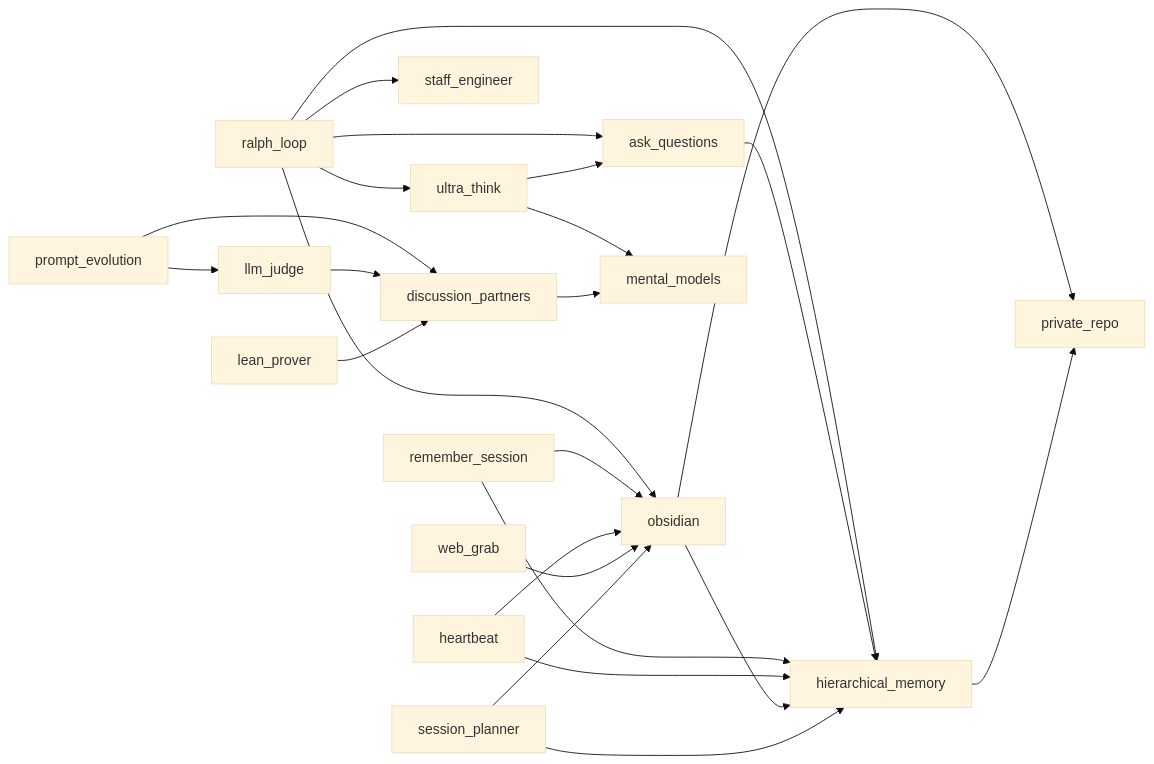
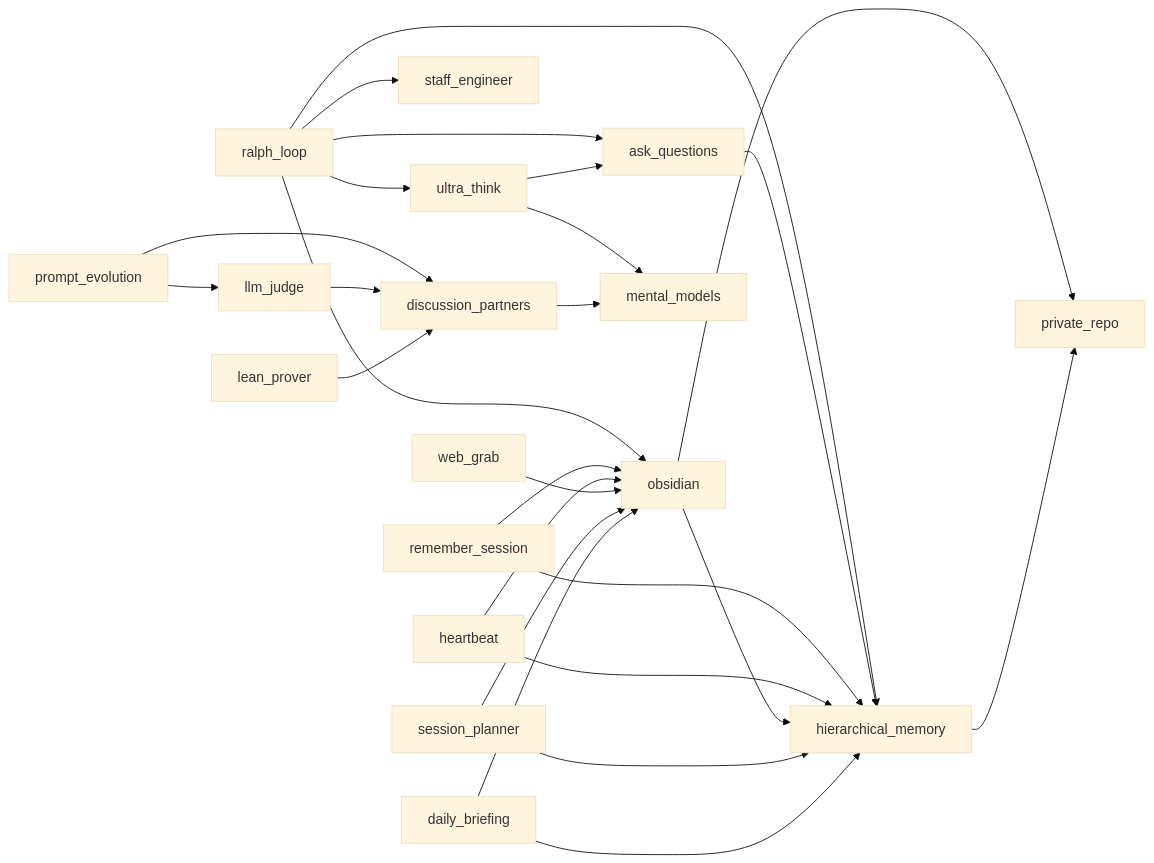
One commit to zachmayer/skills changed the diagram in README.md. Above: the diagram before and after it, drawn with Mermaid (base theme). The commit also changed other lines of this file and 1 other file, not shown here.

Commit message:
Add daily briefing skill for morning status summaries
Prompt-only skill that compiles a read-only morning briefing from memory,
git state, GitHub PRs/issues, and obsidian vault TODOs. Distinct from
session_planner: briefing shows what's going on, planner decides what to
work on.

````diff
--- a/README.md
+++ b/README.md
@@ -93,26 +94,28 @@
 ```mermaid
 graph LR
     ralph_loop --> ultra_think
     ralph_loop --> staff_engineer
     ralph_loop --> ask_questions
     ralph_loop --> hierarchical_memory
     ralph_loop --> obsidian
     ultra_think --> mental_models
     ultra_think --> ask_questions
     ask_questions --> hierarchical_memory
     prompt_evolution --> discussion_partners
     prompt_evolution --> llm_judge
     llm_judge --> discussion_partners
     discussion_partners --> mental_models
     remember_session --> hierarchical_memory
     remember_session --> obsidian
     heartbeat --> hierarchical_memory
     heartbeat --> obsidian
     obsidian --> hierarchical_memory
     obsidian --> private_repo
     hierarchical_memory --> private_repo
     web_grab --> obsidian
     lean_prover --> discussion_partners
     session_planner --> hierarchical_memory
     session_planner --> obsidian
+    daily_briefing --> hierarchical_memory
+    daily_briefing --> obsidian
 ```
````
